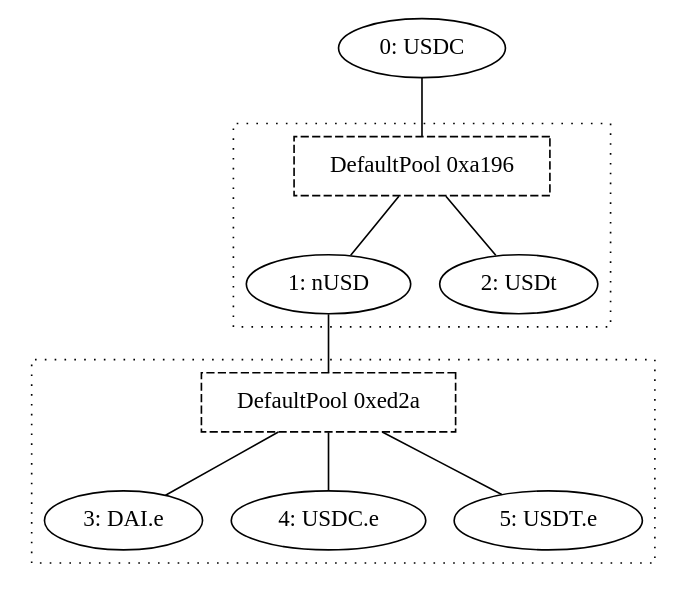
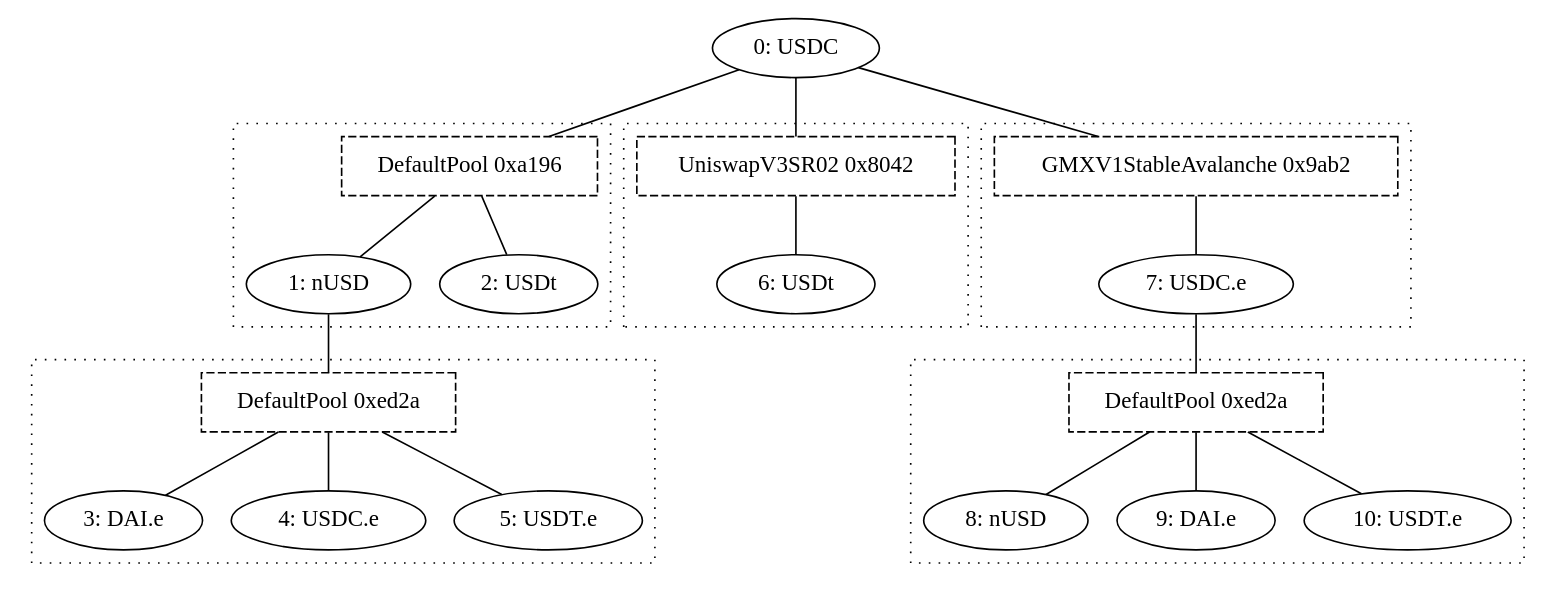
Before and after one commit to synapsecns/synapse-contracts: the diagram in script/configs/avalanche/LinkedPool.CCTP.USDC.dot, drawn with Graphviz. The commit also changed 2 other files, not shown here.

Commit message:
Add new modules to Avax LinkedPool

```diff
--- a/script/configs/avalanche/LinkedPool.CCTP.USDC.dot
+++ b/script/configs/avalanche/LinkedPool.CCTP.USDC.dot
@@ -1,34 +1,75 @@
 graph G {
     token0 [label = "0: USDC";];
     token1 [label = "1: nUSD";];
     token2 [label = "2: USDt";];
     token3 [label = "3: DAI.e";];
     token4 [label = "4: USDC.e";];
     token5 [label = "5: USDT.e";];
+    token6 [label = "6: USDt";];
+    token7 [label = "7: USDC.e";];
+    token8 [label = "8: nUSD";];
+    token9 [label = "9: DAI.e";];
+    token10 [label = "10: USDT.e";];
     pool0 [label = "DefaultPool 0xa196";shape = rect;style = dashed;];
     token0 -- pool0;
     subgraph cluster0 {
         style = dotted;
         pool0 -- token1;
         pool0 -- token2;
         subgraph {
             rank = same;
             edge [style = invis;];
             token1 -- token2;
         }
     }
     pool1 [label = "DefaultPool 0xed2a";shape = rect;style = dashed;];
     token1 -- pool1;
     subgraph cluster1 {
         style = dotted;
         pool1 -- token3;
         pool1 -- token4;
         pool1 -- token5;
         subgraph {
             rank = same;
             edge [style = invis;];
             token3 -- token4;
             token4 -- token5;
         }
     }
+    pool2 [label = "UniswapV3SR02 0x8042";shape = rect;style = dashed;];
+    token0 -- pool2;
+    subgraph cluster2 {
+        style = dotted;
+        pool2 -- token6;
+        subgraph {
+            rank = same;
+            edge [style = invis;];
+            token6;
+        }
+    }
+    pool3 [label = "GMXV1StableAvalanche 0x9ab2";shape = rect;style = dashed;];
+    token0 -- pool3;
+    subgraph cluster3 {
+        style = dotted;
+        pool3 -- token7;
+        subgraph {
+            rank = same;
+            edge [style = invis;];
+            token7;
+        }
+    }
+    pool4 [label = "DefaultPool 0xed2a";shape = rect;style = dashed;];
+    token7 -- pool4;
+    subgraph cluster4 {
+        style = dotted;
+        pool4 -- token8;
+        pool4 -- token9;
+        pool4 -- token10;
+        subgraph {
+            rank = same;
+            edge [style = invis;];
+            token8 -- token9;
+            token9 -- token10;
+        }
+    }
 }
```
